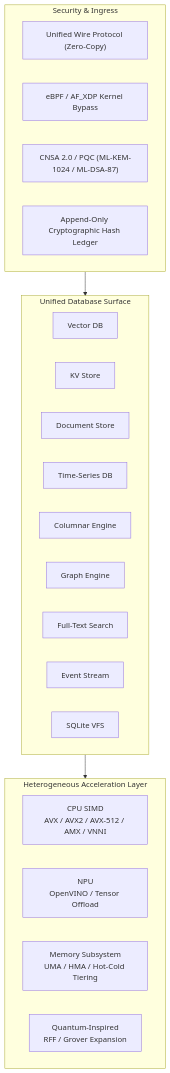
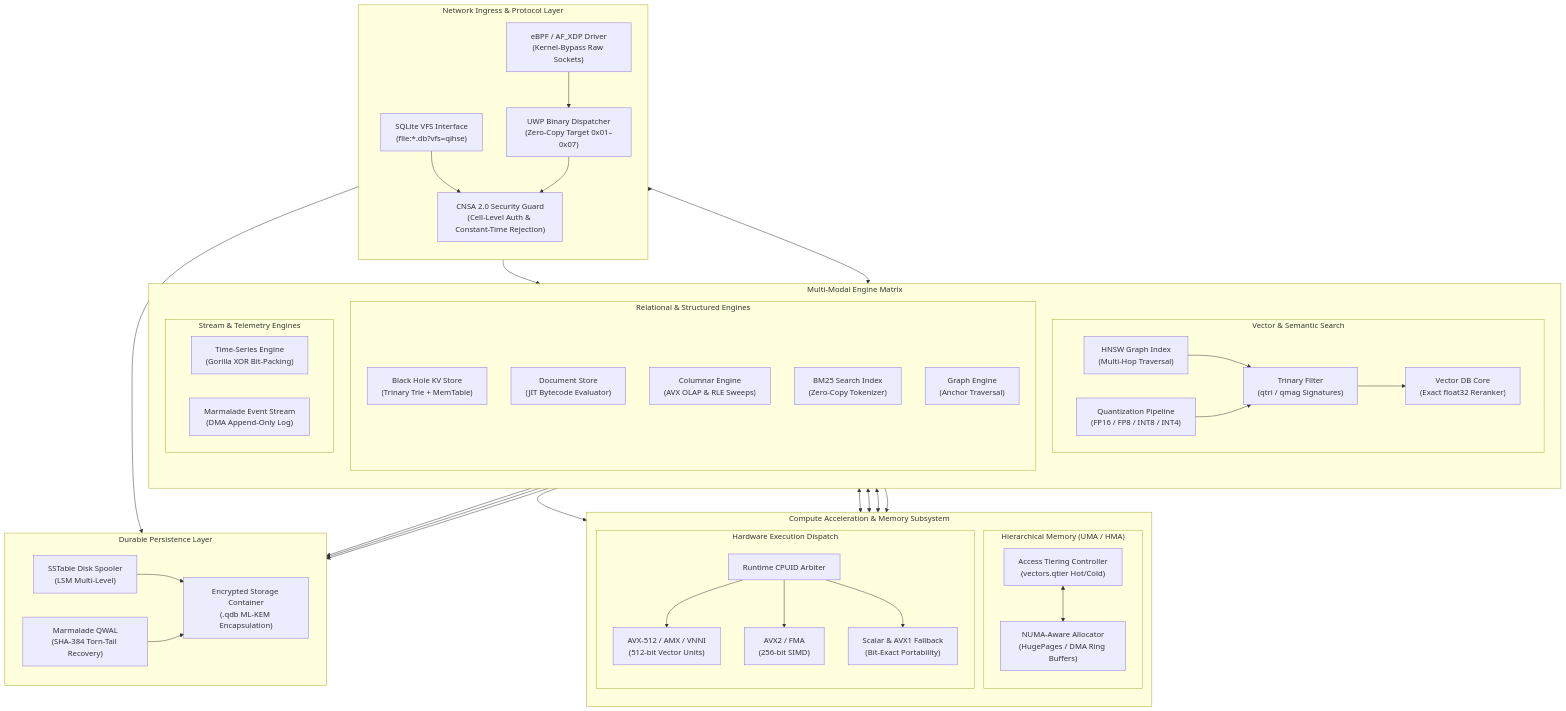
The diagram in README.md (SWORDIntel/QIHSE), drawn with Mermaid before and after one commit.

Commit message:
docs: expand architecture mermaid diagram with multi-plane subsystem routing

````diff
--- a/README.md
+++ b/README.md
@@ -46,34 +46,93 @@
 ```mermaid
 flowchart TB
-    subgraph Storage["Unified Database Surface"]
-        direction LR
-        VDB["Vector DB"]
-        KV["KV Store"]
-        DOC["Document Store"]
-        TS["Time-Series DB"]
-        COL["Columnar Engine"]
-        GRAPH["Graph Engine"]
-        FTS["Full-Text Search"]
-        EVT["Event Stream"]
-        VFS["SQLite VFS"]
+    %% Client & Network Ingress
+    subgraph INGRESS["Network Ingress & Protocol Layer"]
+        direction TB
+        XDP["eBPF / AF_XDP Driver<br/>(Kernel-Bypass Raw Sockets)"]
+        UWP["UWP Binary Dispatcher<br/>(Zero-Copy Target 0x01–0x07)"]
+        SQL_API["SQLite VFS Interface<br/>(file:*.db?vfs=qihse)"]
+        AUTH["CNSA 2.0 Security Guard<br/>(Cell-Level Auth & Constant-Time Rejection)"]
+        
+        XDP --> UWP
+        SQL_API --> AUTH
+        UWP --> AUTH
     end
 
-    subgraph Compute["Heterogeneous Acceleration Layer"]
-        direction LR
-        CPU["CPU SIMD<br/>AVX / AVX2 / AVX-512 / AMX / VNNI"]
-        NPU["NPU<br/>OpenVINO / Tensor Offload"]
-        MEM["Memory Subsystem<br/>UMA / HMA / Hot-Cold Tiering"]
-        QALG["Quantum-Inspired<br/>RFF / Grover Expansion"]
+    %% Unified Storage Engine Matrix
+    subgraph ENGINES["Multi-Modal Engine Matrix"]
+        direction TB
+        
+        subgraph VEC_PLANE["Vector & Semantic Search"]
+            VDB["Vector DB Core<br/>(Exact float32 Reranker)"]
+            QMAG["Trinary Filter<br/>(qtri / qmag Signatures)"]
+            HNSW["HNSW Graph Index<br/>(Multi-Hop Traversal)"]
+            QUANT["Quantization Pipeline<br/>(FP16 / FP8 / INT8 / INT4)"]
+            
+            HNSW --> QMAG
+            QUANT --> QMAG
+            QMAG --> VDB
+        end
+
+        subgraph REL_PLANE["Relational & Structured Engines"]
+            KV["Black Hole KV Store<br/>(Trinary Trie + MemTable)"]
+            DOC["Document Store<br/>(JIT Bytecode Evaluator)"]
+            COL["Columnar Engine<br/>(AVX OLAP & RLE Sweeps)"]
+            FTS["BM25 Search Index<br/>(Zero-Copy Tokenizer)"]
+            GRAPH["Graph Engine<br/>(Anchor Traversal)"]
+        end
+
+        subgraph STREAM_PLANE["Stream & Telemetry Engines"]
+            TS["Time-Series Engine<br/>(Gorilla XOR Bit-Packing)"]
+            EVT["Marmalade Event Stream<br/>(DMA Append-Only Log)"]
+        end
     end
 
-    subgraph Infra["Security & Ingress"]
-        direction LR
-        UWP["Unified Wire Protocol (Zero-Copy)"]
-        XDP["eBPF / AF_XDP Kernel Bypass"]
-        SEC["CNSA 2.0 / PQC (ML-KEM-1024 / ML-DSA-87)"]
-        AUDIT["Append-Only Cryptographic Hash Ledger"]
+    %% Memory & Compute Acceleration
+    subgraph COMPUTE_MEM["Compute Acceleration & Memory Subsystem"]
+        direction TB
+        
+        subgraph MEMORY["Hierarchical Memory (UMA / HMA)"]
+            TIER["Access Tiering Controller<br/>(vectors.qtier Hot/Cold)"]
+            NUMA["NUMA-Aware Allocator<br/>(HugePages / DMA Ring Buffers)"]
+        end
+
+        subgraph SIMD_DISPATCH["Hardware Execution Dispatch"]
+            CPUID["Runtime CPUID Arbiter"]
+            AVX512["AVX-512 / AMX / VNNI<br/>(512-bit Vector Units)"]
+            AVX2["AVX2 / FMA<br/>(256-bit SIMD)"]
+            SCALAR["Scalar & AVX1 Fallback<br/>(Bit-Exact Portability)"]
+            
+            CPUID --> AVX512
+            CPUID --> AVX2
+            CPUID --> SCALAR
+        end
     end
 
-    Infra --> Storage
-    Storage --> Compute
+    %% Persistence Subsystem
+    subgraph PERSIST["Durable Persistence Layer"]
+        direction LR
+        SST["SSTable Disk Spooler<br/>(LSM Multi-Level)"]
+        WAL["Marmalade QWAL<br/>(SHA-384 Torn-Tail Recovery)"]
+        PQC_STORE["Encrypted Storage Container<br/>(.qdb ML-KEM Encapsulation)"]
+    end
+
+    %% Cross-Subsystem Interconnects
+    AUTH --> VEC_PLANE
+    AUTH --> REL_PLANE
+    AUTH --> STREAM_PLANE
+
+    VEC_PLANE <--> TIER
+    REL_PLANE <--> TIER
+    STREAM_PLANE <--> TIER
+    TIER <--> NUMA
+
+    VEC_PLANE --> CPUID
+    COL --> CPUID
+
+    REL_PLANE --> SST
+    STREAM_PLANE --> WAL
+    SQL_API --> WAL
+    KV --> SST
+    SST --> PQC_STORE
+    WAL --> PQC_STORE
 ```
````
